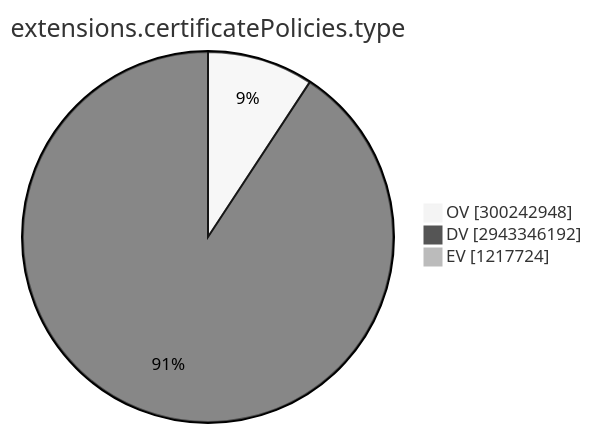
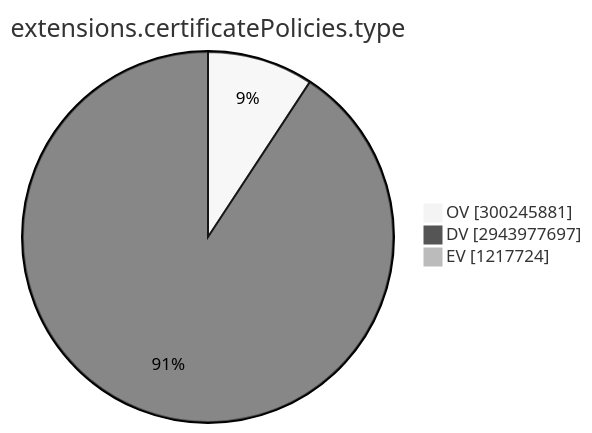
One commit to christiankrug/ctmonitor_visualization changed the ninth of 15 diagrams in TOTAL/README.md. Above: the diagram before and after it, drawn with Mermaid (neutral theme). The commit also changed other lines of this file, not shown here.

````diff
--- a/TOTAL/README.md
+++ b/TOTAL/README.md
@@ -3101,7 +3101,7 @@
 ```mermaid
 pie showData
 title extensions.certificatePolicies.type
-"OV" :300242948
-"DV" :2943346192
+"OV" :300245881
+"DV" :2943977697
 "EV" :1217724
 ```
````
